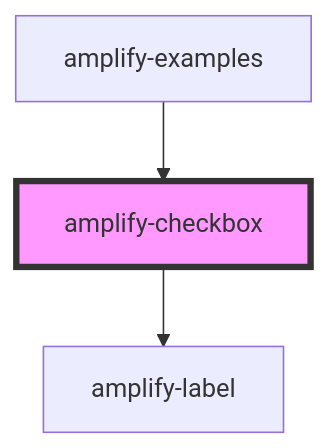
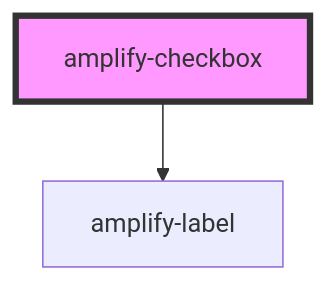
One commit to OneDev0411/amplify-js changed the diagram in packages/amplify-ui-components/src/components/amplify-checkbox/readme.md. Above: the diagram before and after it, drawn with Mermaid. The commit also changed other lines of this file and 16 other files, not shown here.

````diff
--- a/packages/amplify-ui-components/src/components/amplify-checkbox/readme.md
+++ b/packages/amplify-ui-components/src/components/amplify-checkbox/readme.md
@@ -32,6 +28,5 @@
 ```mermaid
 graph TD;
   amplify-checkbox --> amplify-label
-  amplify-examples --> amplify-checkbox
   style amplify-checkbox fill:#f9f,stroke:#333,stroke-width:4px
 ```
````
